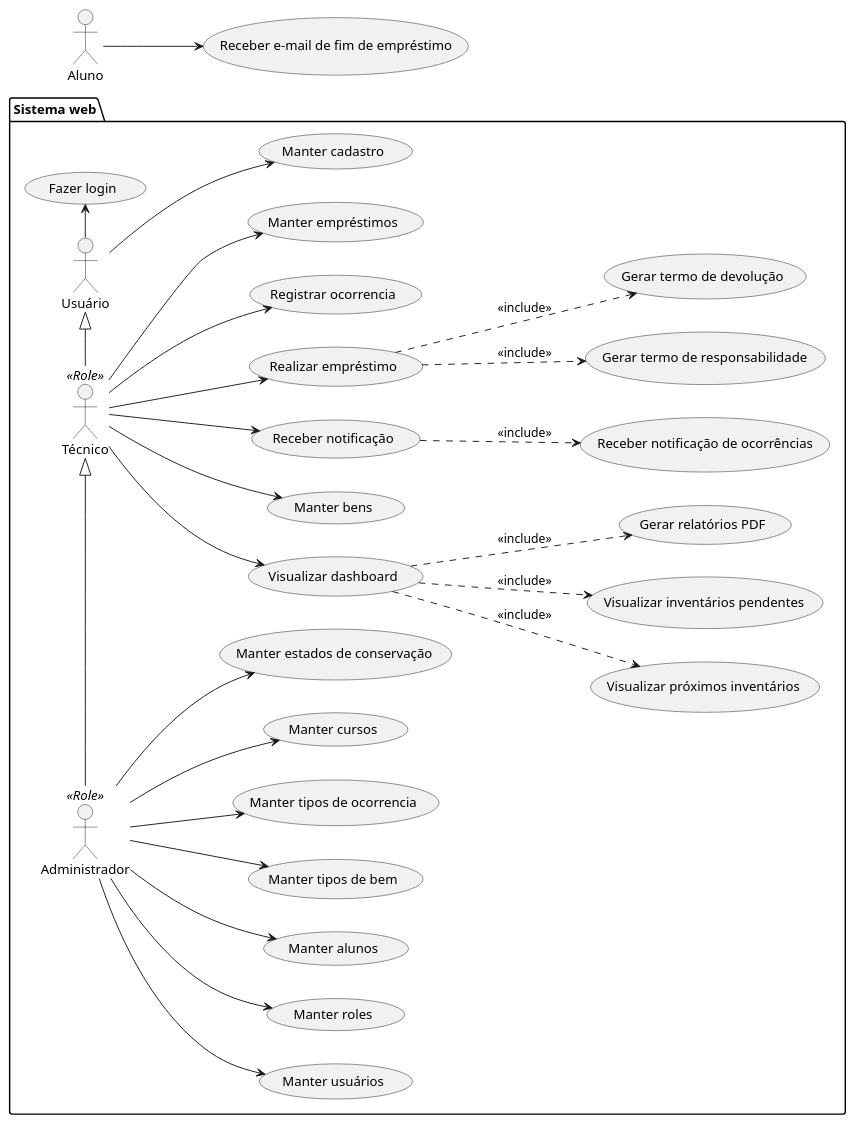
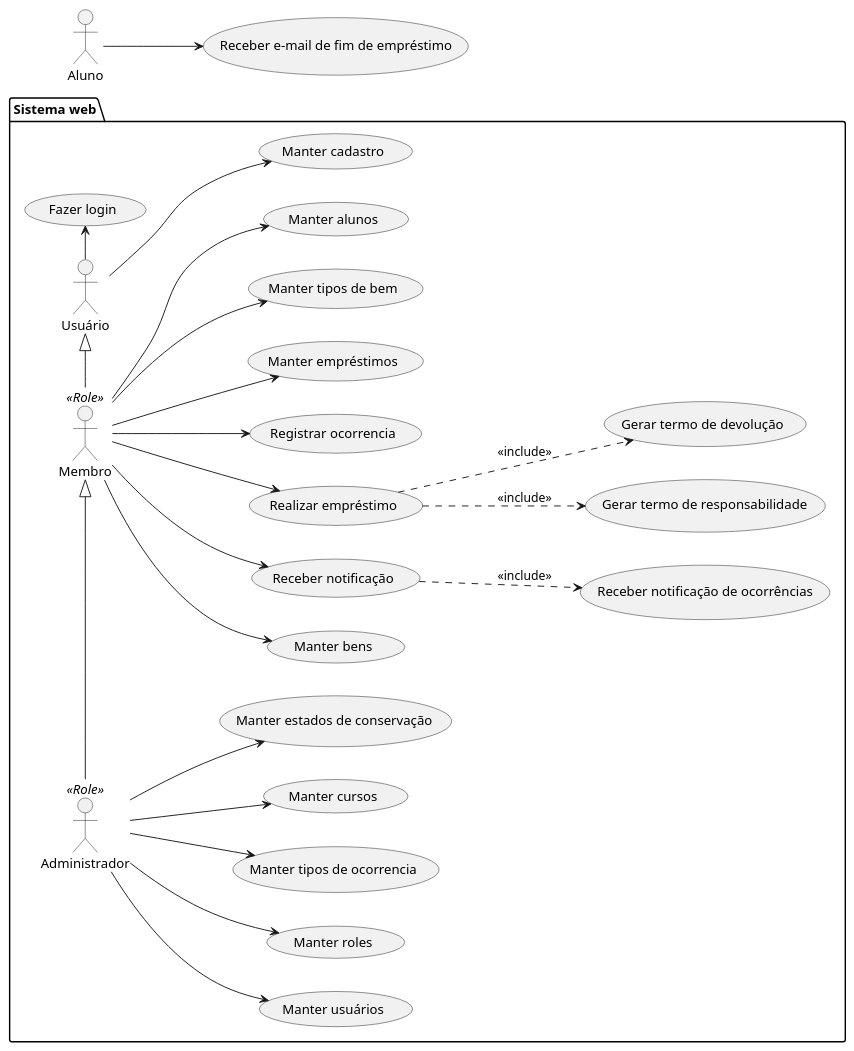
Before and after one commit to kavvata/sigemp: the diagram in plant-uml/casos-de-uso.puml, drawn with PlantUML.

Commit message:
docs(usecase): alterado nome da role 'técnico' para 'membro'

```diff
--- a/plant-uml/casos-de-uso.puml
+++ b/plant-uml/casos-de-uso.puml
@@ -1,48 +1,43 @@
 @startuml usecases
   left to right direction
 
   package "Sistema web" {
     :Usuário: as user
-    :Técnico: as tec <<Role>>
+    :Membro: as tec <<Role>>
     :Administrador: as admin <<Role>>
 
     /' Usuário '/
     user -r-> (Fazer login)
     user --> (Manter cadastro)
 
     /' Técnico '/
-    "Visualizar dashboard" as (dash)
     "Manter bens" as (crudbens)
     "Receber notificação" as (notificacao)
     "Realizar empréstimo" as (emp)
     "Registrar ocorrencia" as (oco)
     tec -r-|> user
     tec --> (Manter empréstimos)
     tec --> crudbens
-    tec --> dash
     tec --> notificacao
     tec --> oco
     tec --> emp
+    tec --> (Manter tipos de bem)
+    tec --> (Manter alunos)
     emp ..> (Gerar termo de responsabilidade) :<<include>>
     emp ..> (Gerar termo de devolução) :<<include>>
 
     notificacao ..> (Receber notificação de ocorrências) : <<include>>
-    
-    dash ..> (Visualizar próximos inventários) : <<include>>
-    dash ..> (Visualizar inventários pendentes) : <<include>>
-    dash ..> (Gerar relatórios PDF) : <<include>>
 
     /' Administrador '/
     admin -|> tec
     admin --> (Manter usuários)
     admin --> (Manter roles)
-    admin --> (Manter alunos)
-    admin --> (Manter tipos de bem)
+    
     admin --> (Manter tipos de ocorrencia)
     admin --> (Manter cursos)
     admin --> (Manter estados de conservação)
   }
 
   :Aluno: as aluno
   aluno --> (Receber e-mail de fim de empréstimo)
 @enduml
```
